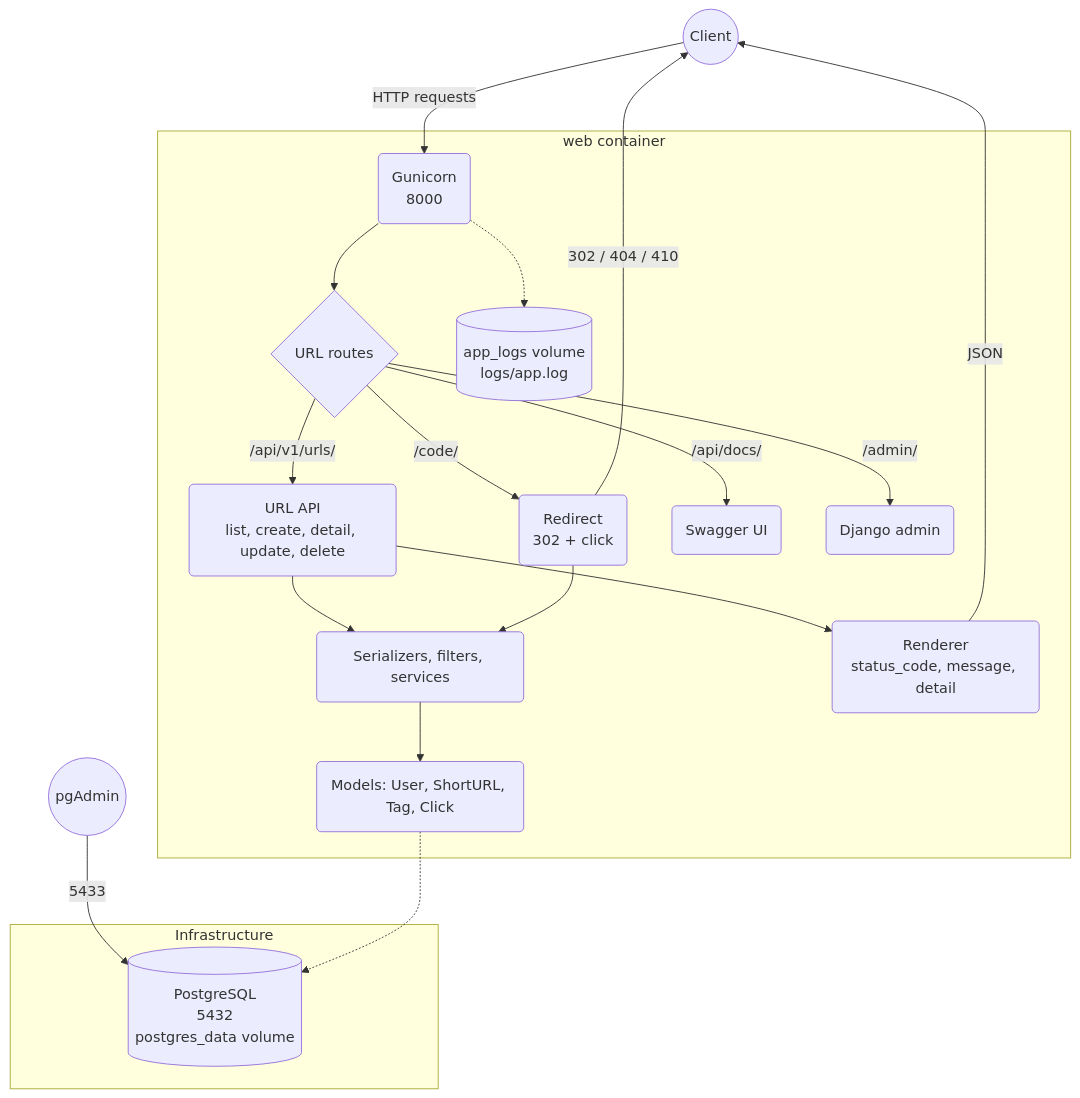
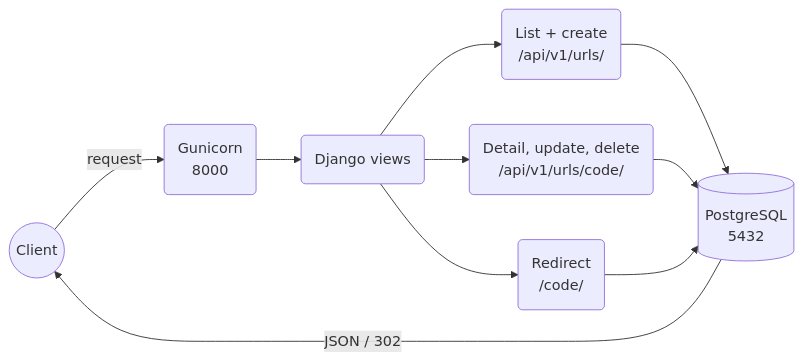
One commit to Molyceo12/AmaliTech_Python_Backend_Labs changed the diagram in DJANGO/url-shortener-microservice/README.md. Above: the diagram before and after it, drawn with Mermaid.

Commit message:
Simplify the architecture diagram to the request flow

````diff
--- a/DJANGO/url-shortener-microservice/README.md
+++ b/DJANGO/url-shortener-microservice/README.md
@@ -13,27 +13,15 @@
 ```mermaid
-graph TD
-    Client((Client)) -->|HTTP requests| Gunicorn(Gunicorn<br/>8000)
-    PgAdmin((pgAdmin)) -->|5433| DB
+graph LR
+    Client((Client)) -->|request| Gunicorn(Gunicorn<br/>8000)
+    Gunicorn --> Views(Django views)
 
-    subgraph Web["web container"]
-        Gunicorn --> Routes{URL routes}
-        Routes -->|/api/v1/urls/| API(URL API<br/>list, create, detail, update, delete)
-        Routes -->|/code/| Redirect(Redirect<br/>302 + click)
-        Routes -->|/api/docs/| Docs(Swagger UI)
-        Routes -->|/admin/| Admin(Django admin)
-        API --> Logic(Serializers, filters, services)
-        Redirect --> Logic
-        Logic --> Models(Models: User, ShortURL, Tag, Click)
-        API --> Renderer(Renderer<br/>status_code, message, detail)
-        Logs[(app_logs volume<br/>logs/app.log)]
-    end
+    Views --> A(List + create<br/>/api/v1/urls/)
+    Views --> B(Detail, update, delete<br/>/api/v1/urls/code/)
+    Views --> C(Redirect<br/>/code/)
 
-    subgraph "Infrastructure"
-        DB[(PostgreSQL<br/>5432<br/>postgres_data volume)]
-    end
+    A --> DB[(PostgreSQL<br/>5432)]
+    B --> DB
+    C --> DB
 
-    Models -.-> DB
-    Renderer -->|JSON| Client
-    Redirect -->|302 / 404 / 410| Client
-    Gunicorn -.-> Logs
+    DB -->|JSON / 302| Client
 ```
````
